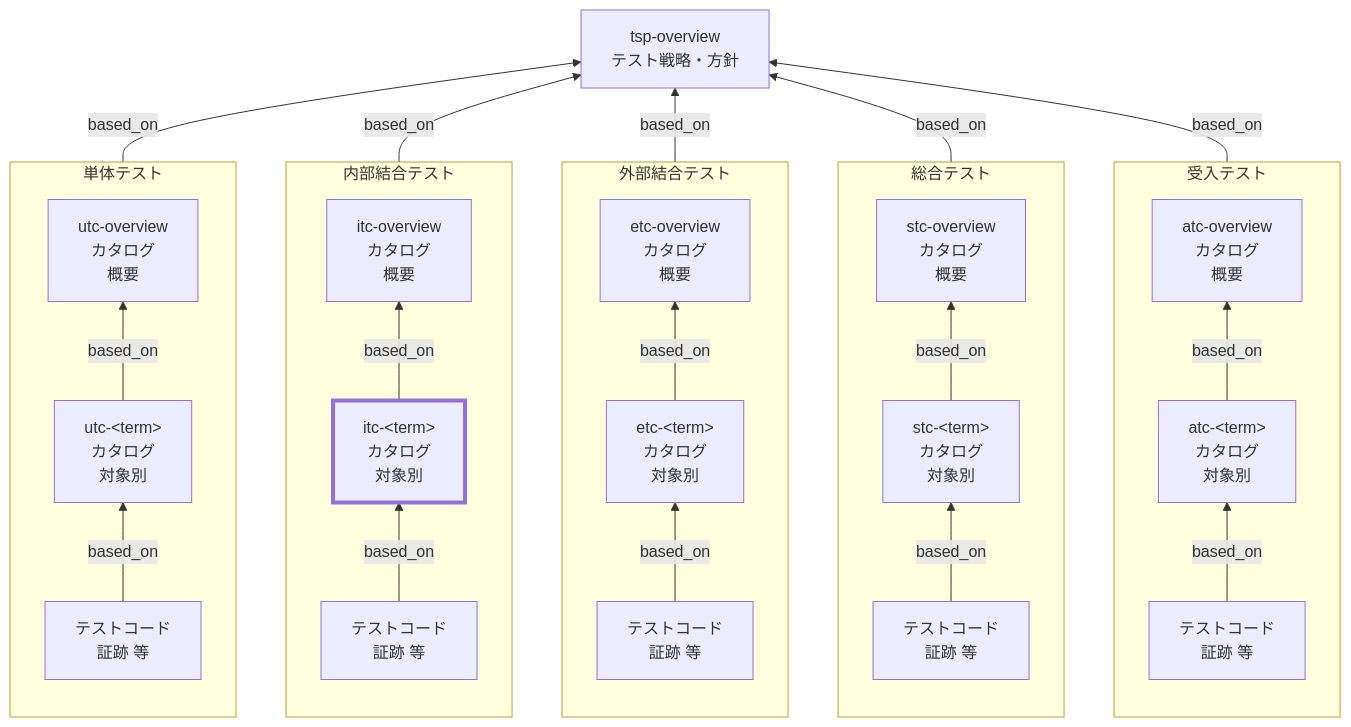
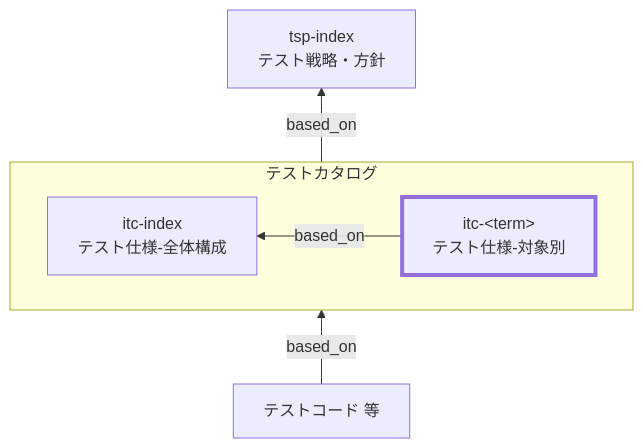
Before and after one commit to specdojo/spec-dojo-handbook: the diagram in docs/ja/handbook/rules/itc-rules.md, drawn with Mermaid. The commit also changed other lines of this file and 4 other files, not shown here.

Commit message:
docs(update): 対象別の図とoverview->indexの変更

````diff
--- a/docs/ja/handbook/rules/itc-rules.md
+++ b/docs/ja/handbook/rules/itc-rules.md
@@ -29,53 +29,20 @@
 ```mermaid
 flowchart BT
-  TSP["tsp-overview<br>テスト戦略・方針"]
+  TSP["tsp-index<br>テスト戦略・方針"]
 
-  subgraph UT["単体テスト"]
-  direction BT
-    UTCOverview["utc-overview<br>カタログ<br>概要"]
-    UTC["utc-&lt;term&gt;<br>カタログ<br>対象別"]
-    UTImpl["テストコード<br>証跡 等"]
-    UTImpl -->|based_on| UTC -->|based_on| UTCOverview
+  subgraph TC["テストカタログ"]
+  direction RL
+    TCIndex["itc-index<br>テスト仕様-全体構成"]
+    TCDetail["itc-&lt;term&gt;<br>テスト仕様-対象別"]
+    TCDetail -->|based_on| TCIndex
   end
 
-  subgraph IT["内部結合テスト"]
-  direction BT
-    ITCOverview["itc-overview<br>カタログ<br>概要"]
-    ITC["itc-&lt;term&gt;<br>カタログ<br>対象別"]
-    ITImpl["テストコード<br>証跡 等"]
-    ITImpl -->|based_on| ITC -->|based_on| ITCOverview
-  end
+  Code["テストコード 等"]
 
-  subgraph ET["外部結合テスト"]
-  direction BT
-    ETCOverview["etc-overview<br>カタログ<br>概要"]
-    ETC["etc-&lt;term&gt;<br>カタログ<br>対象別"]
-    ETImpl["テストコード<br>証跡 等"]
-    ETImpl -->|based_on| ETC -->|based_on| ETCOverview
-  end
+  TC -->|based_on| TSP
+  Code -->|based_on| TC
 
-  subgraph ST["総合テスト"]
-  direction BT
-    STOverview["stc-overview<br>カタログ<br>概要"]
-    STC["stc-&lt;term&gt;<br>カタログ<br>対象別"]
-    STImpl["テストコード<br>証跡 等"]
-    STImpl -->|based_on| STC -->|based_on| STOverview
-  end
-
-  subgraph AT["受入テスト"]
-  direction BT
-    ATOverview["atc-overview<br>カタログ<br>概要"]
-    ATC["atc-&lt;term&gt;<br>カタログ<br>対象別"]
-    ATImpl["テストコード<br>証跡 等"]
-    ATImpl -->|based_on| ATC -->|based_on| ATOverview
-  end
-
-  UT -->|based_on| TSP
-  IT -->|based_on| TSP
-  ET -->|based_on| TSP
-  ST -->|based_on| TSP
-  AT -->|based_on| TSP
 
   classDef target stroke-width:4px
-  class ITC target
+  class TCDetail target
 ```
````
